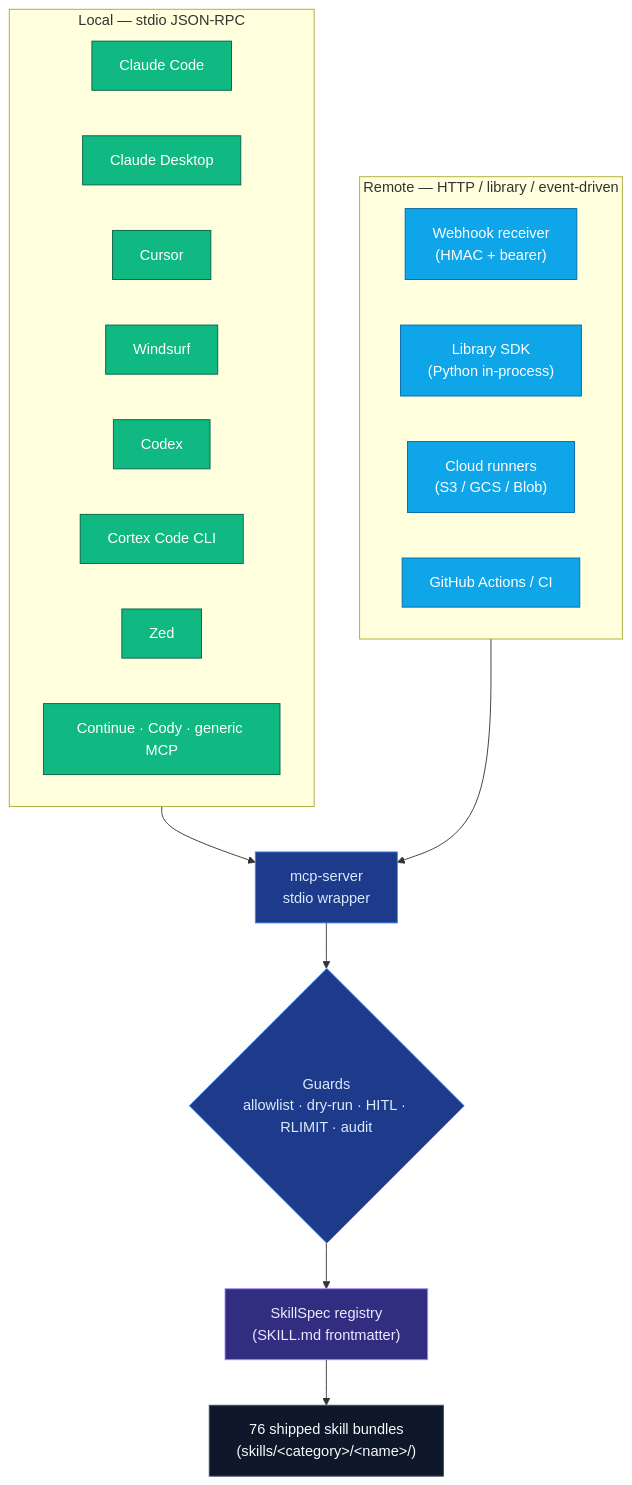
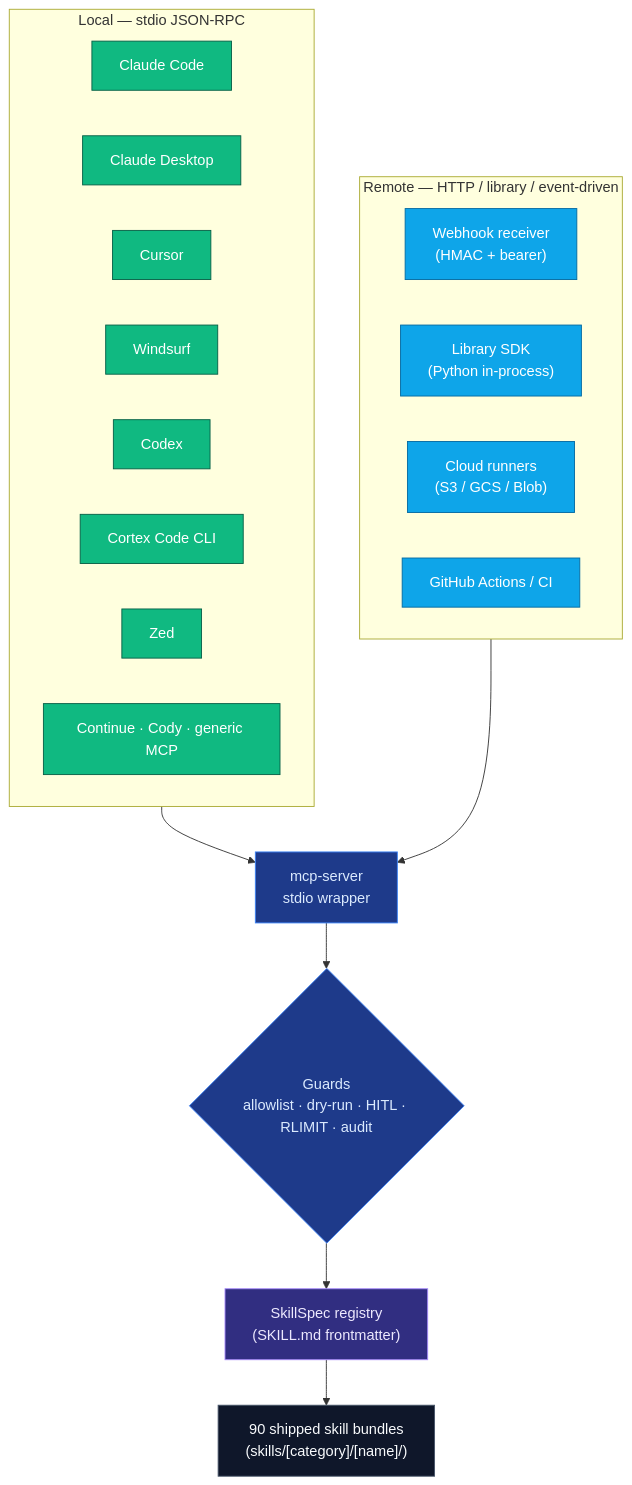
One commit to msaad00/quiver changed the diagram in docs/diagrams/agent-topology.mmd. Above: the diagram before and after it, drawn with Mermaid. The commit also changed 2 other files, not shown here.

Commit message:
fix(diagrams): drop HTML entities that break GitHub Mermaid renderer
GitHub flagged docs/diagrams/mcp-trust-boundary.mmd with a parse error
at line 6 (#418-tracked review). The cause is HTML entities (`&lt;`,
`&gt;`, `&amp;`, etc.) inside Mermaid sequence-diagram participant
labels and flowchart node labels — GitHub's Mermaid version expects
arrow / link tokens at those positions and chokes on the entity
characters.

Fixed three callsites by switching the angle-bracket placeholder
convention to square brackets, which is unambiguous and renders
identically across Mermaid versions:

  - mcp-trust-boundary.mmd line 9 / 27: 'skills/<cat>/<name>/...' and
    'min_approvers > approvals' alt branch label.
  - agent-topology.mmd: 'skills/<category>/<name>/' node label (also
    bumped stale '76 shipped' counter to current 90).
  - surface-comparison.mmd: 'python skills/<x>/<y>/...' CLI node label.

No behaviour change; rendering only.

```diff
--- a/docs/diagrams/agent-topology.mmd
+++ b/docs/diagrams/agent-topology.mmd
@@ -1,37 +1,37 @@
 %% Agent topology — every shipped surface that runs the same
 %% SKILL.md + src/ + tests/ bundle. Local clients use stdio; remote
 %% clients use the webhook receiver or library SDK. Both paths
 %% terminate at the same shipped tool registry.
 flowchart TB
   classDef local fill:#10b981,stroke:#065f46,color:#ffffff
   classDef remote fill:#0ea5e9,stroke:#0369a1,color:#ffffff
   classDef wrap fill:#1e3a8a,stroke:#3b82f6,color:#dbeafe
   classDef registry fill:#312e81,stroke:#a78bfa,color:#ede9fe
   classDef skills fill:#0f172a,stroke:#475569,color:#f8fafc
 
   subgraph Local["Local — stdio JSON-RPC"]
     direction LR
     cc["Claude Code"]:::local
     cd["Claude Desktop"]:::local
     cur["Cursor"]:::local
     ws["Windsurf"]:::local
     cdx["Codex"]:::local
     ctx["Cortex Code CLI"]:::local
     zed["Zed"]:::local
     cont["Continue · Cody · generic MCP"]:::local
   end
 
   subgraph Remote["Remote — HTTP / library / event-driven"]
     direction LR
     web["Webhook receiver<br/>(HMAC + bearer)"]:::remote
     lib["Library SDK<br/>(Python in-process)"]:::remote
     runner["Cloud runners<br/>(S3 / GCS / Blob)"]:::remote
     ci["GitHub Actions / CI"]:::remote
   end
 
   Local --> mcp["mcp-server<br/>stdio wrapper"]:::wrap
   Remote --> mcp
 
   mcp --> guards{"Guards<br/>allowlist · dry-run · HITL · RLIMIT · audit"}:::wrap
   guards --> reg["SkillSpec registry<br/>(SKILL.md frontmatter)"]:::registry
-  reg --> skills["76 shipped skill bundles<br/>(skills/&lt;category&gt;/&lt;name&gt;/)"]:::skills
+  reg --> skills["90 shipped skill bundles<br/>(skills/[category]/[name]/)"]:::skills
```
